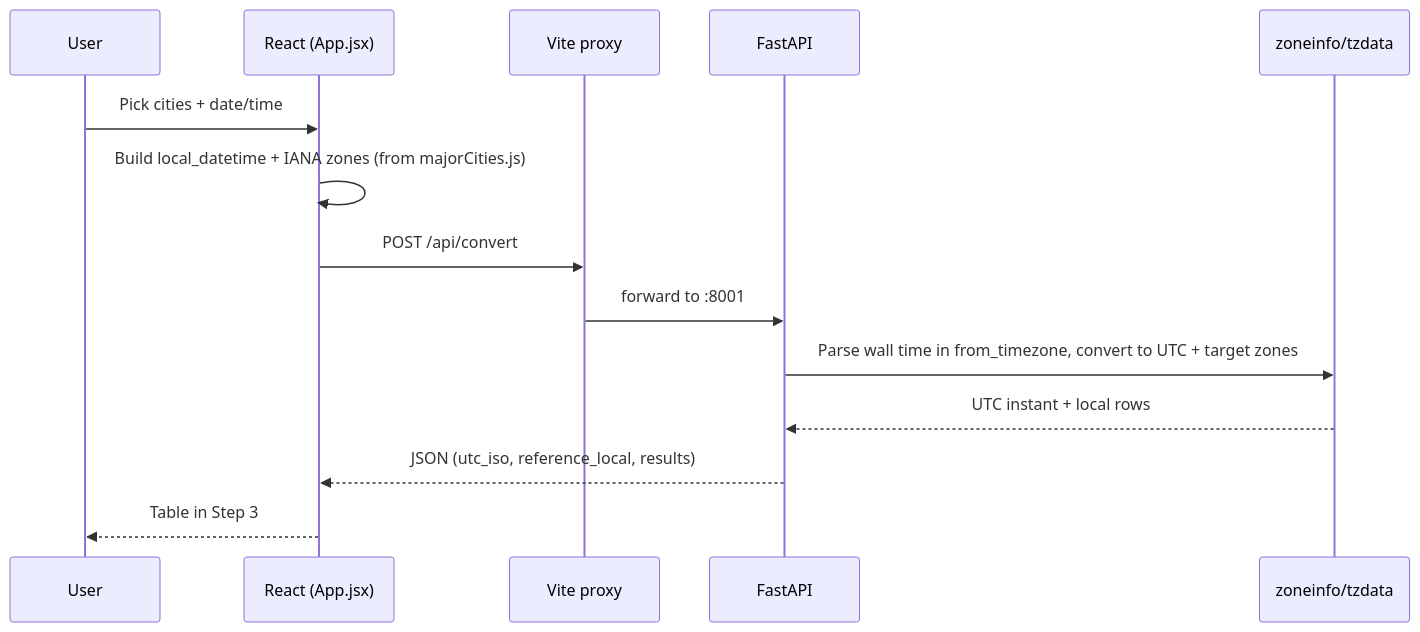
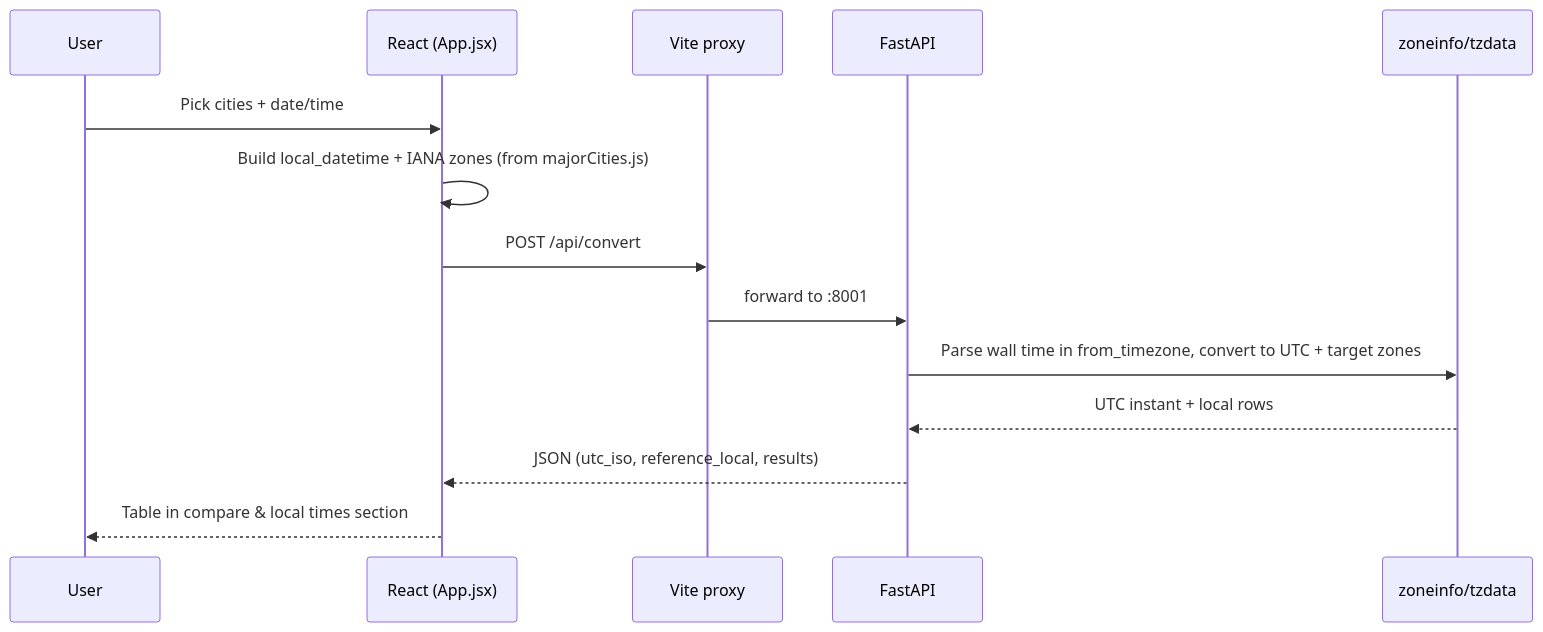
One commit to smanjup/QTR changed the second of 2 diagrams in TimeZoneChecker/docs/architecture.md. Above: the diagram before and after it, drawn with Mermaid. The commit also changed 10 other files, not shown here.

````diff
--- a/TimeZoneChecker/docs/architecture.md
+++ b/TimeZoneChecker/docs/architecture.md
@@ -37,17 +37,17 @@
 ```mermaid
 sequenceDiagram
   participant U as User
   participant R as React (App.jsx)
   participant V as Vite proxy
   participant F as FastAPI
   participant TZ as zoneinfo/tzdata
 
   U->>R: Pick cities + date/time
   R->>R: Build local_datetime + IANA zones (from majorCities.js)
   R->>V: POST /api/convert
   V->>F: forward to :8001
   F->>TZ: Parse wall time in from_timezone, convert to UTC + target zones
   TZ-->>F: UTC instant + local rows
   F-->>R: JSON (utc_iso, reference_local, results)
-  R-->>U: Table in Step 3
+  R-->>U: Table in compare & local times section
 ```
````
